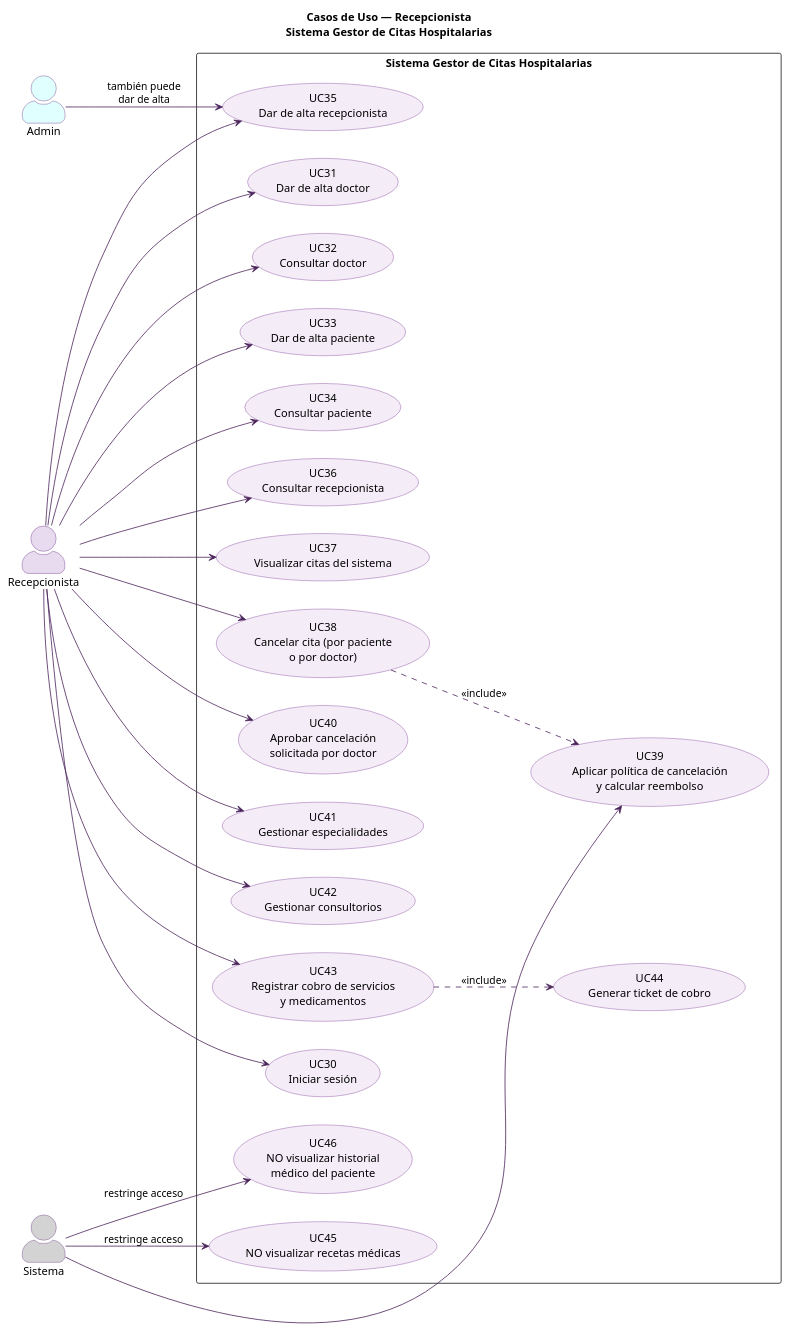
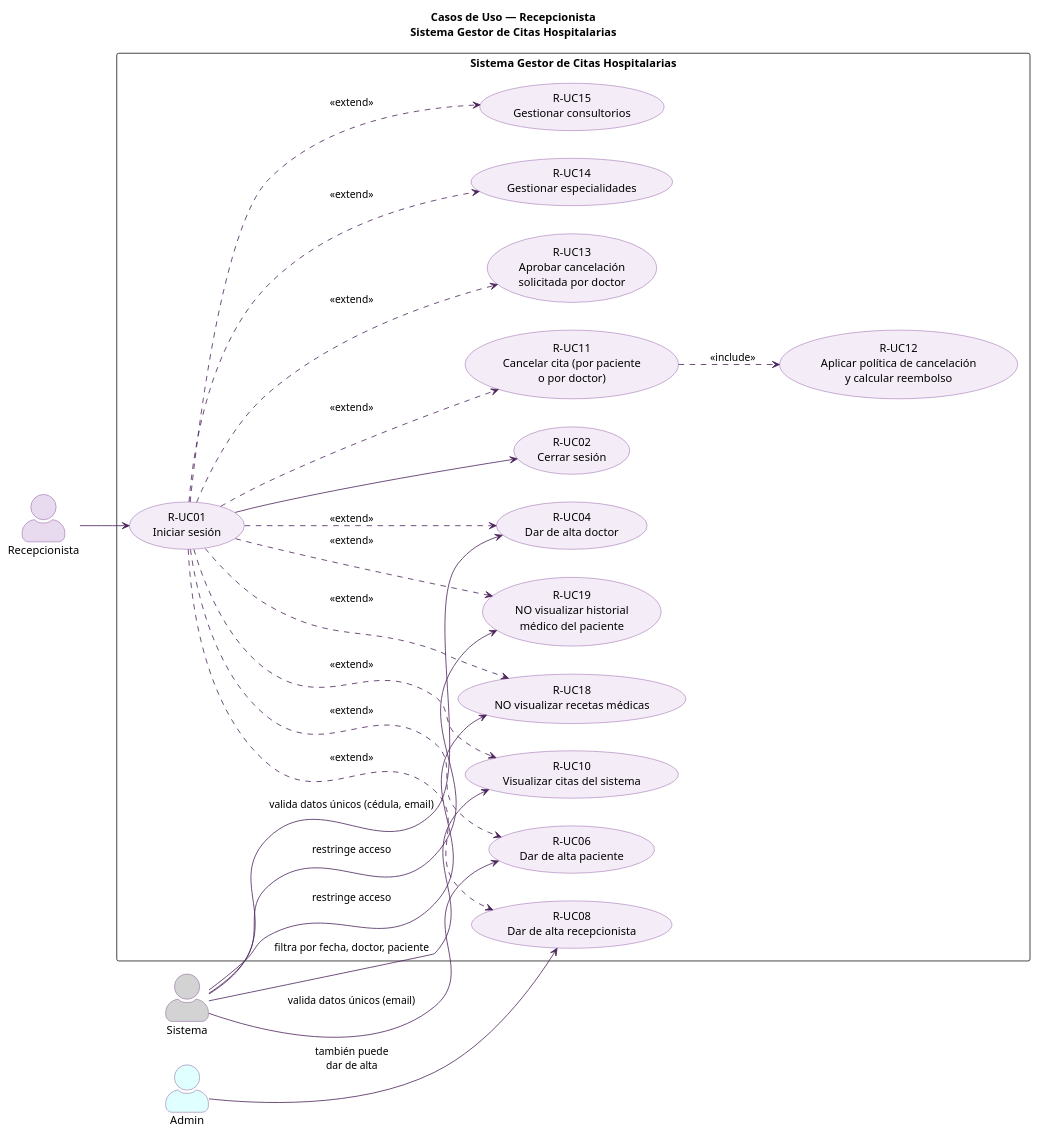
One commit to AlgorithmQuantum/Proyecto changed the third of 4 diagrams in DiagramasCasosDeUso/casos_de_uso_hospital.puml. Above: the diagram before and after it, drawn with PlantUML. The commit also changed other lines of this file and 8 other files, not shown here.

```diff
--- a/DiagramasCasosDeUso/casos_de_uso_hospital.puml
+++ b/DiagramasCasosDeUso/casos_de_uso_hospital.puml
@@ -163,78 +169,76 @@
 @startuml Recepcionista
 left to right direction
 skinparam actorStyle awesome
 skinparam packageStyle rectangle
 skinparam usecase {
   BackgroundColor #F4ECF7
   BorderColor #7D3C98
   ArrowColor #4A235A
 }
 skinparam actor {
   BackgroundColor #E8DAEF
   BorderColor #6C3483
 }
 
 title Casos de Uso — Recepcionista\nSistema Gestor de Citas Hospitalarias
 
 actor "Recepcionista" as REC
 actor "Sistema" as SIS #lightgray
 actor "Admin" as ADM #lightcyan
 
 rectangle "Sistema Gestor de Citas Hospitalarias" {
 
-  ' --- Sesión ---
-  usecase "UC30\nIniciar sesión" as UC30
+  ' --- Sesión (UC base) ---
+  usecase "R-UC01\nIniciar sesión" as UC01
+  usecase "R-UC02\nCerrar sesión" as UC02
 
   ' --- Gestión de Usuarios ---
-  usecase "UC31\nDar de alta doctor" as UC31
-  usecase "UC32\nConsultar doctor" as UC32
-  usecase "UC33\nDar de alta paciente" as UC33
-  usecase "UC34\nConsultar paciente" as UC34
-  usecase "UC35\nDar de alta recepcionista" as UC35
-  usecase "UC36\nConsultar recepcionista" as UC36
+  usecase "R-UC04\nDar de alta doctor" as UC04
+  usecase "R-UC06\nDar de alta paciente" as UC06
+  usecase "R-UC08\nDar de alta recepcionista" as UC08
 
   ' --- Citas ---
-  usecase "UC37\nVisualizar citas del sistema" as UC37
-  usecase "UC38\nCancelar cita (por paciente\no por doctor)" as UC38
-  usecase "UC39\nAplicar política de cancelación\ny calcular reembolso" as UC39
-  usecase "UC40\nAprobar cancelación\nsolicitada por doctor" as UC40
+  usecase "R-UC10\nVisualizar citas del sistema" as UC10
+  usecase "R-UC11\nCancelar cita (por paciente\no por doctor)" as UC11
+  usecase "R-UC12\nAplicar política de cancelación\ny calcular reembolso" as UC12
+  usecase "R-UC13\nAprobar cancelación\nsolicitada por doctor" as UC13
 
   ' --- Especialidades y Consultorios ---
-  usecase "UC41\nGestionar especialidades" as UC41
-  usecase "UC42\nGestionar consultorios" as UC42
-
-  ' --- Cobro (si aplica) ---
-  usecase "UC43\nRegistrar cobro de servicios\ny medicamentos" as UC43
-  usecase "UC44\nGenerar ticket de cobro" as UC44
+  usecase "R-UC14\nGestionar especialidades" as UC14
+  usecase "R-UC15\nGestionar consultorios" as UC15
 
   ' --- Restricciones implícitas ---
-  usecase "UC45\nNO visualizar recetas médicas" as UC45
-  usecase "UC46\nNO visualizar historial\nmédico del paciente" as UC46
+  usecase "R-UC18\nNO visualizar recetas médicas" as UC18
+  usecase "R-UC19\nNO visualizar historial\nmédico del paciente" as UC19
 }
 
 ' --- Relaciones Recepcionista ---
-REC --> UC30
-REC --> UC31
-REC --> UC32
-REC --> UC33
-REC --> UC34
-REC --> UC35
-REC --> UC36
-REC --> UC37
-REC --> UC38
-REC --> UC40
-REC --> UC41
-REC --> UC42
-REC --> UC43
+REC --> UC01
+UC01 --> UC02
 
-' --- include / extend ---
-UC38 ..> UC39 : <<include>>
-UC43 ..> UC44 : <<include>>
+' --- TODOS los casos de uso EXTEND de Iniciar sesión ---
+UC01 ..> UC04 : <<extend>>
+UC01 ..> UC06 : <<extend>>
+UC01 ..> UC08 : <<extend>>
+UC01 ..> UC10 : <<extend>>
+UC01 ..> UC11 : <<extend>>
+UC01 ..> UC13 : <<extend>>
+UC01 ..> UC14 : <<extend>>
+UC01 ..> UC15 : <<extend>>
+UC01 ..> UC18 : <<extend>>
+UC01 ..> UC19 : <<extend>>
+
+' --- include ---
+UC11 ..> UC12 : <<include>>
 
 ' --- Actor compartido ---
-ADM --> UC35 : también puede\ndar de alta
-SIS --> UC39
-SIS --> UC45 : restringe acceso
-SIS --> UC46 : restringe acceso
+ADM --> UC08 : también puede\ndar de alta
+
+' --- Sistema como actor secundario ---
+SIS --> UC04 : valida datos únicos (cédula, email)
+SIS --> UC06 : valida datos únicos (email)
+SIS --> UC18 : restringe acceso
+SIS --> UC19 : restringe acceso
+SIS --> UC10 : filtra por fecha, doctor, paciente
 
 @enduml
```
